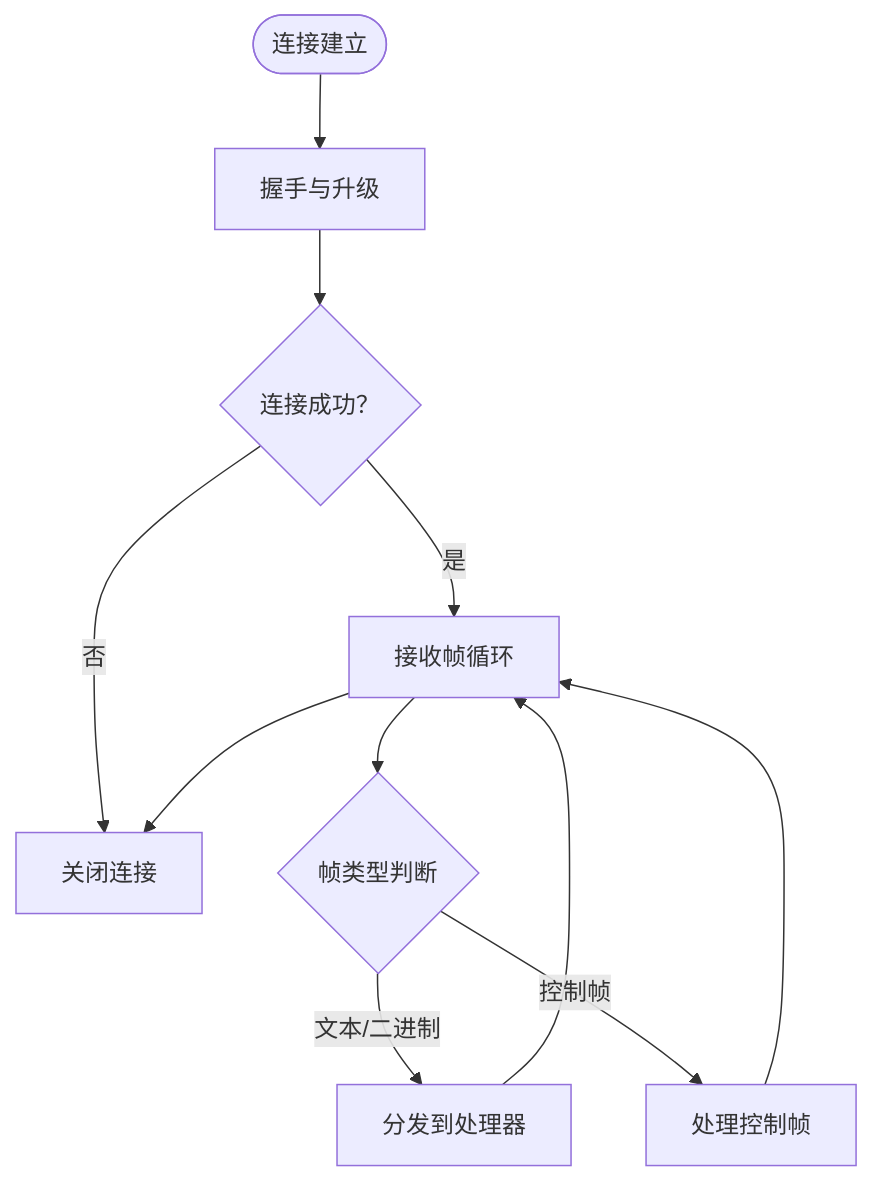
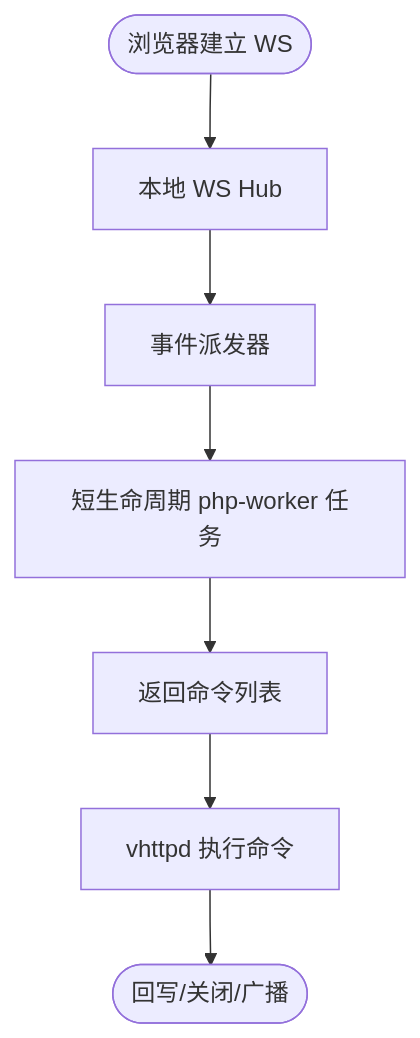
The fourth of 4 diagrams in .qoder/repowiki/zh/content/开发指南/开发指南.md (guweigang/vhttpd), drawn with Mermaid before and after one commit. The commit also changed other lines of this file and 697 other files, not shown here.

````diff
--- a/.qoder/repowiki/zh/content/开发指南/开发指南.md
+++ b/.qoder/repowiki/zh/content/开发指南/开发指南.md
@@ -265,13 +156,9 @@
 ```mermaid
 flowchart TD
-Start(["连接建立"]) --> Upgrade["握手与升级"]
-Upgrade --> Open{"连接成功？"}
-Open --> |是| Loop["接收帧循环"]
-Open --> |否| Close["关闭连接"]
-Loop --> Type{"帧类型判断"}
-Type --> |文本/二进制| Dispatch["分发到处理器"]
-Type --> |控制帧| Control["处理控制帧"]
-Dispatch --> Loop
-Control --> Loop
-Loop --> Close
+Start(["浏览器建立 WS"]) --> Hub["本地 WS Hub"]
+Hub --> Dispatch["事件派发器"]
+Dispatch --> Worker["短生命周期 php-worker 任务"]
+Worker --> Commands["返回命令列表"]
+Commands --> Execute["vhttpd 执行命令"]
+Execute --> End(["回写/关闭/广播"])
 ```
````
